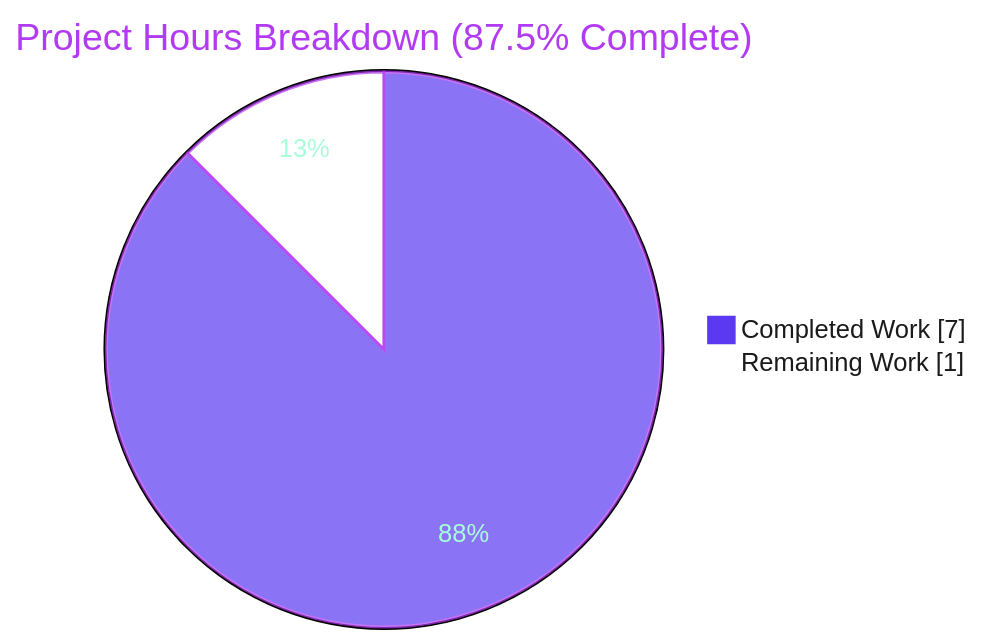
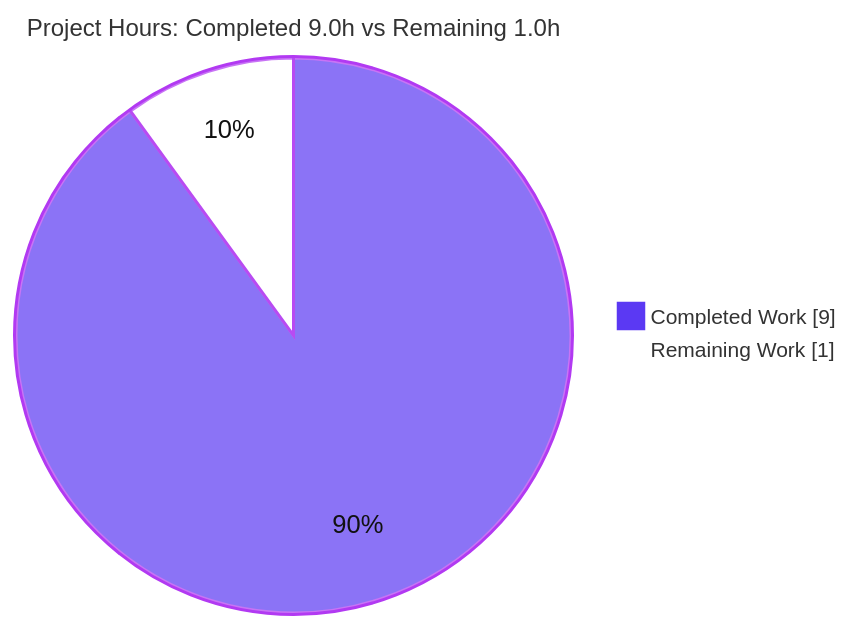
One commit to shaliniblitzy/13_feb_2_3 changed the second of 3 diagrams in blitzy/documentation/Project Guide.md. Above: the diagram before and after it, drawn with Mermaid. The commit also changed other lines of this file, not shown here.

Commit message:
Adding Blitzy Project Guide: Project Status and Human Tasks Remaining

````diff
--- a/blitzy/documentation/Project Guide.md
+++ b/blitzy/documentation/Project Guide.md
@@ -197,6 +184,6 @@
 ```mermaid
-%%{init: {"theme":"base","themeVariables":{"pie1":"#5B39F3","pie2":"#FFFFFF","pieStrokeColor":"#B23AF2","pieStrokeWidth":"2px","pieOuterStrokeWidth":"2px","pieSectionTextColor":"#A8FDD9","pieLegendTextColor":"#1A1A1A","pieTitleTextColor":"#B23AF2"}}}%%
-pie showData title Project Hours Breakdown (87.5% Complete)
-    "Completed Work" : 7
+%%{init: {'theme':'base', 'themeVariables': {'pie1':'#5B39F3','pie2':'#FFFFFF','pieStrokeColor':'#B23AF2','pieStrokeWidth':'2px','pieOuterStrokeWidth':'2px','pieOuterStrokeColor':'#B23AF2','pieSectionTextColor':'#111111','pieTitleTextSize':'16px','pieLegendTextSize':'14px'}}}%%
+pie showData title Project Hours: Completed 9.0h vs Remaining 1.0h
+    "Completed Work" : 9
     "Remaining Work" : 1
 ```
````
